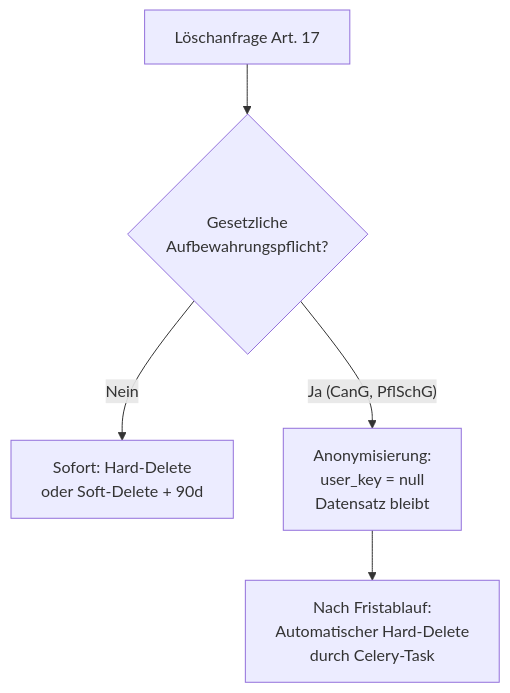
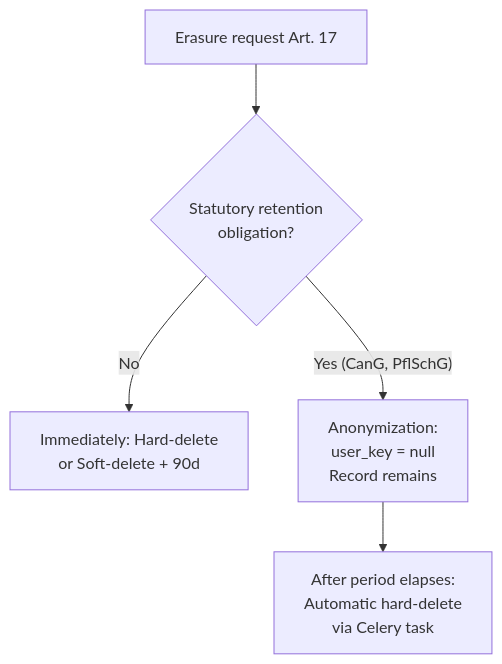
Before and after one commit to nolte/kamerplanter: the third of 3 diagrams in docs/de/guides/data-retention.md, drawn with Mermaid. The commit also changed other lines of this file and 44 other files, not shown here.

First line of the commit message:
docs: make all Mermaid diagrams spec-compliant (repo-wide sweep)

````diff
--- a/docs/de/guides/data-retention.md
+++ b/docs/de/guides/data-retention.md
@@ -216,7 +219,7 @@
 ```mermaid
 flowchart TD
-    A["Löschanfrage Art. 17"] --> B{"Gesetzliche<br/>Aufbewahrungspflicht?"}
-    B -- "Nein" --> C["Sofort: Hard-Delete<br/>oder Soft-Delete + 90d"]
-    B -- "Ja (CanG, PflSchG)" --> D["Anonymisierung:<br/>user_key = null<br/>Datensatz bleibt"]
-    D --> E["Nach Fristablauf:<br/>Automatischer Hard-Delete<br/>durch Celery-Task"]
+    A["Erasure request Art. 17"] --> B{"Statutory retention<br/>obligation?"}
+    B -- "No" --> C["Immediately: Hard-delete<br/>or Soft-delete + 90d"]
+    B -- "Yes (CanG, PflSchG)" --> D["Anonymization:<br/>user_key = null<br/>Record remains"]
+    D --> E["After period elapses:<br/>Automatic hard-delete<br/>via Celery task"]
 ```
````
